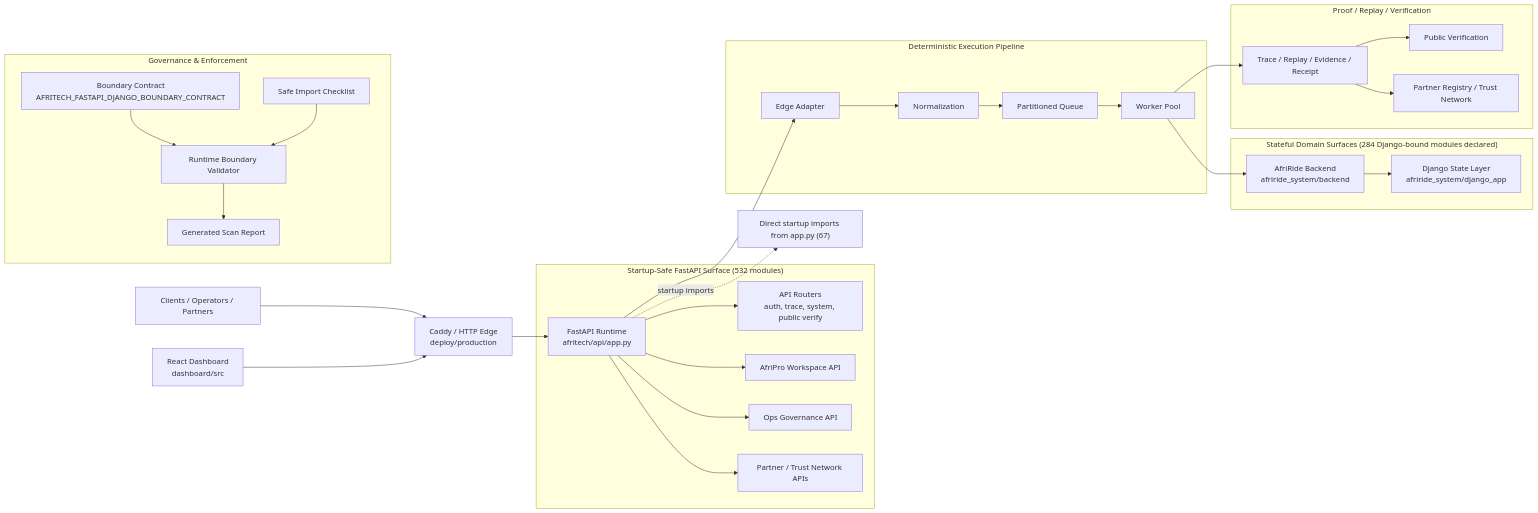
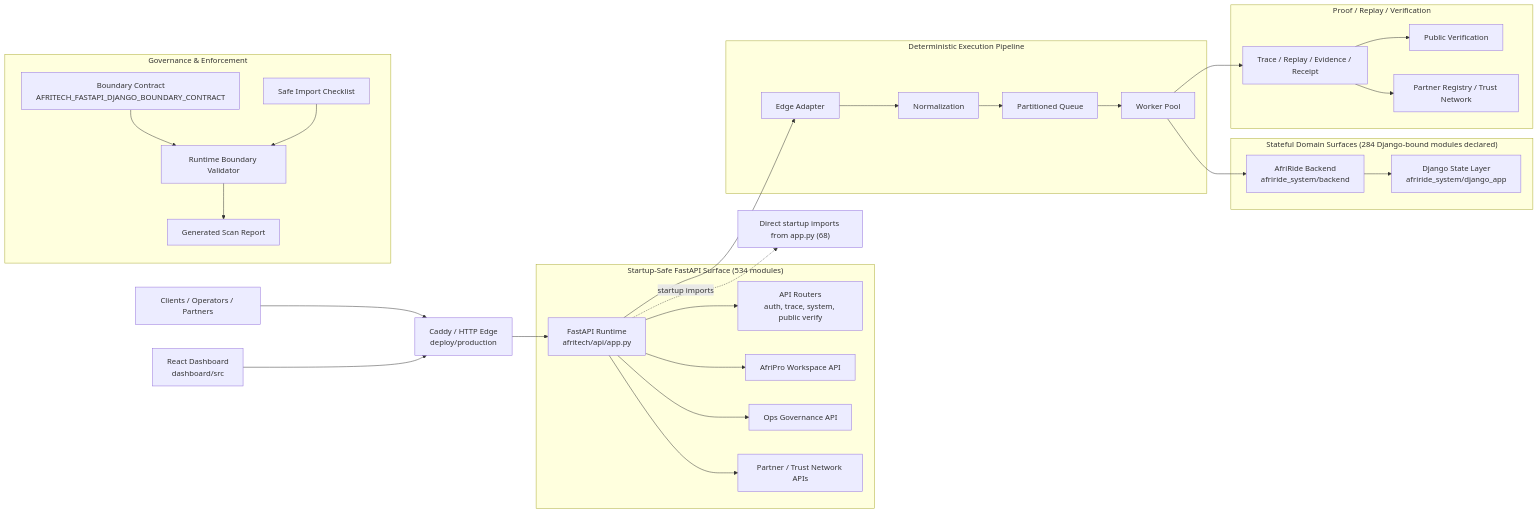
Before and after one commit to Strelly2023/afritelematics: the first of 2 diagrams in docs/architecture/AFRITECH_FULL_ARCHITECTURE_GRAPH.md, drawn with Mermaid. The commit also changed other lines of this file and 5 other files, not shown here.

````diff
--- a/docs/architecture/AFRITECH_FULL_ARCHITECTURE_GRAPH.md
+++ b/docs/architecture/AFRITECH_FULL_ARCHITECTURE_GRAPH.md
@@ -22,39 +22,39 @@
 ```mermaid
 flowchart LR
     Client["Clients / Operators / Partners"] --> Edge["Caddy / HTTP Edge\ndeploy/production"]
     Dashboard["React Dashboard\ndashboard/src"] --> Edge
     Edge --> App["FastAPI Runtime\nafritech/api/app.py"]
 
-    subgraph FastAPI["Startup-Safe FastAPI Surface (532 modules)"]
+    subgraph FastAPI["Startup-Safe FastAPI Surface (534 modules)"]
         App --> Api["API Routers\nauth, trace, system, public verify"]
         App --> Workspace["AfriPro Workspace API"]
         App --> Governance["Ops Governance API"]
         App --> Trust["Partner / Trust Network APIs"]
     end
 
     subgraph Pipeline["Deterministic Execution Pipeline"]
         App --> Adapt["Edge Adapter"]
         Adapt --> Normalize["Normalization"]
         Normalize --> Queue["Partitioned Queue"]
         Queue --> Worker["Worker Pool"]
     end
 
     subgraph State["Stateful Domain Surfaces (284 Django-bound modules declared)"]
         Worker --> Domain["AfriRide Backend\nafriride_system/backend"]
         Domain --> Django["Django State Layer\nafriride_system/django_app"]
     end
 
     subgraph Proof["Proof / Replay / Verification"]
         Worker --> Trace["Trace / Replay / Evidence / Receipt"]
         Trace --> Public["Public Verification"]
         Trace --> Registry["Partner Registry / Trust Network"]
     end
 
     subgraph GovernancePlane["Governance & Enforcement"]
         Contract["Boundary Contract\nAFRITECH_FASTAPI_DJANGO_BOUNDARY_CONTRACT"] --> Validator["Runtime Boundary Validator"]
         Checklist["Safe Import Checklist"] --> Validator
         Validator --> Review["Generated Scan Report"]
     end
 
-    App -. startup imports .-> Imports["Direct startup imports from app.py (67)"]
+    App -. startup imports .-> Imports["Direct startup imports from app.py (68)"]
 ```
````
